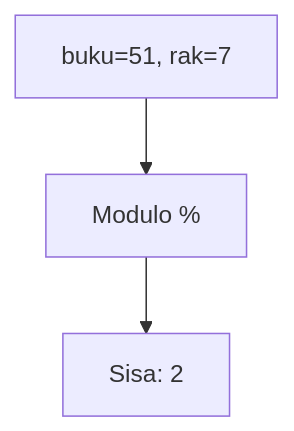
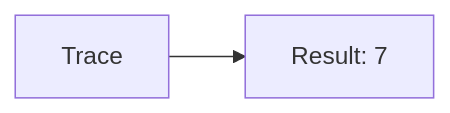
One commit to amnahwaida/OSNK_INF_PREP changed the eighth of 25 diagrams in part-c-pemahaman-cpp/01-tipe-data/latihan/set-07.md. Above: the diagram before and after it, drawn with Mermaid. The commit also changed other lines of this file and 71 other files, not shown here.

````diff
--- a/part-c-pemahaman-cpp/01-tipe-data/latihan/set-07.md
+++ b/part-c-pemahaman-cpp/01-tipe-data/latihan/set-07.md
@@ -309,5 +169,4 @@
 ```mermaid
-graph TD
-A["buku=51, rak=7"] --> B["Modulo %"]
-B --> C["Sisa: 2"]
+graph LR
+A[Trace] --> B[Result: 7]
 ```
````
